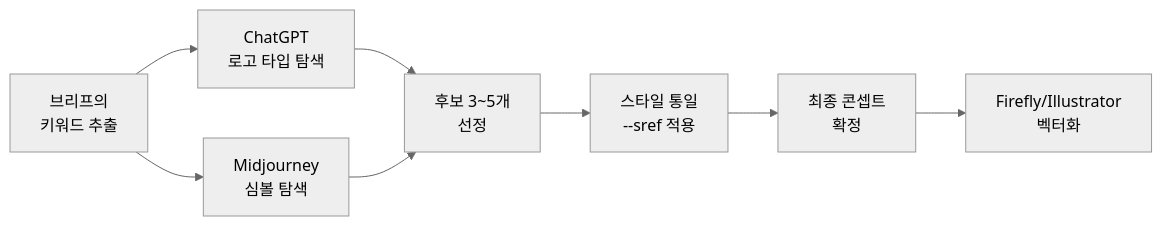
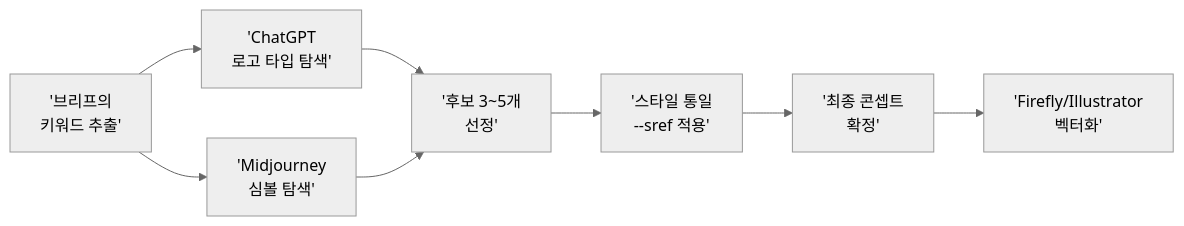
One commit to jsonpassion/forge-tutorial-promptcanvas changed the second of 3 diagrams in 12-ch12-실전-포트폴리오-프로젝트/02-02-브랜드-비주얼-에셋-프로젝트.md. Above: the diagram before and after it, drawn with Mermaid (neutral theme). The commit also changed other lines of this file and 63 other files, not shown here.

````diff
--- a/12-ch12-실전-포트폴리오-프로젝트/02-02-브랜드-비주얼-에셋-프로젝트.md
+++ b/12-ch12-실전-포트폴리오-프로젝트/02-02-브랜드-비주얼-에셋-프로젝트.md
@@ -78,10 +47,10 @@
 ```mermaid
 flowchart LR
-    A["브리프의<br/>키워드 추출"] --> B["ChatGPT<br/>로고 타입 탐색"]
-    A --> C["Midjourney<br/>심볼 탐색"]
-    B --> D["후보 3~5개<br/>선정"]
+    A['브리프의<br/>키워드 추출'] --> B['ChatGPT<br/>로고 타입 탐색']
+    A --> C['Midjourney<br/>심볼 탐색']
+    B --> D['후보 3~5개<br/>선정']
     C --> D
-    D --> E["스타일 통일<br/>--sref 적용"]
-    E --> F["최종 콘셉트<br/>확정"]
-    F --> G["Firefly/Illustrator<br/>벡터화"]
+    D --> E['스타일 통일<br/>--sref 적용']
+    E --> F['최종 콘셉트<br/>확정']
+    F --> G['Firefly/Illustrator<br/>벡터화']
 ```
````
